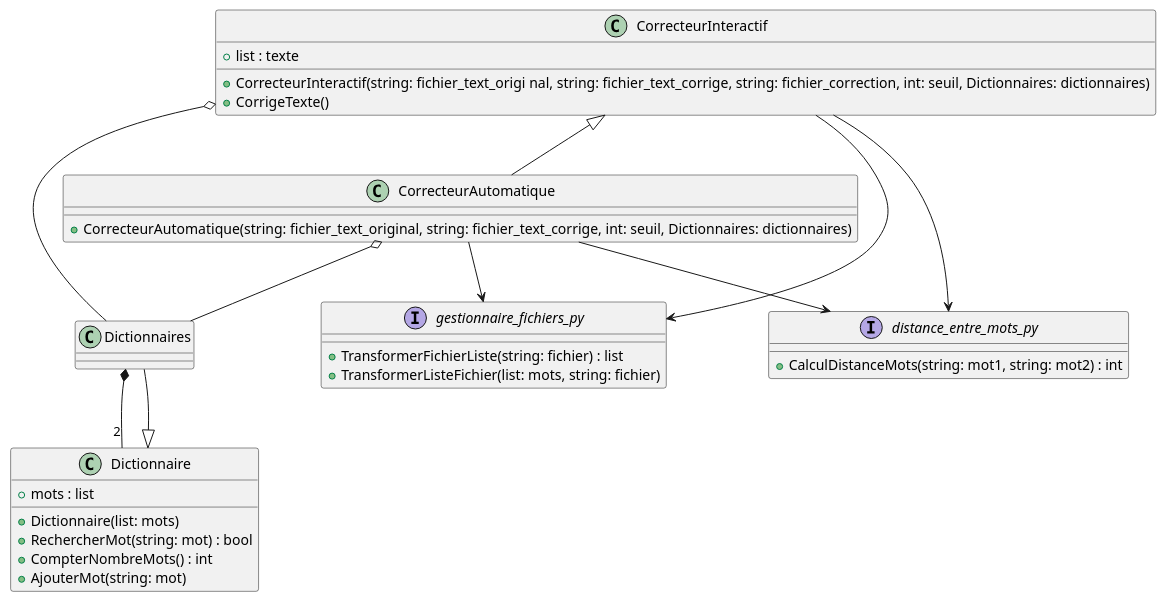
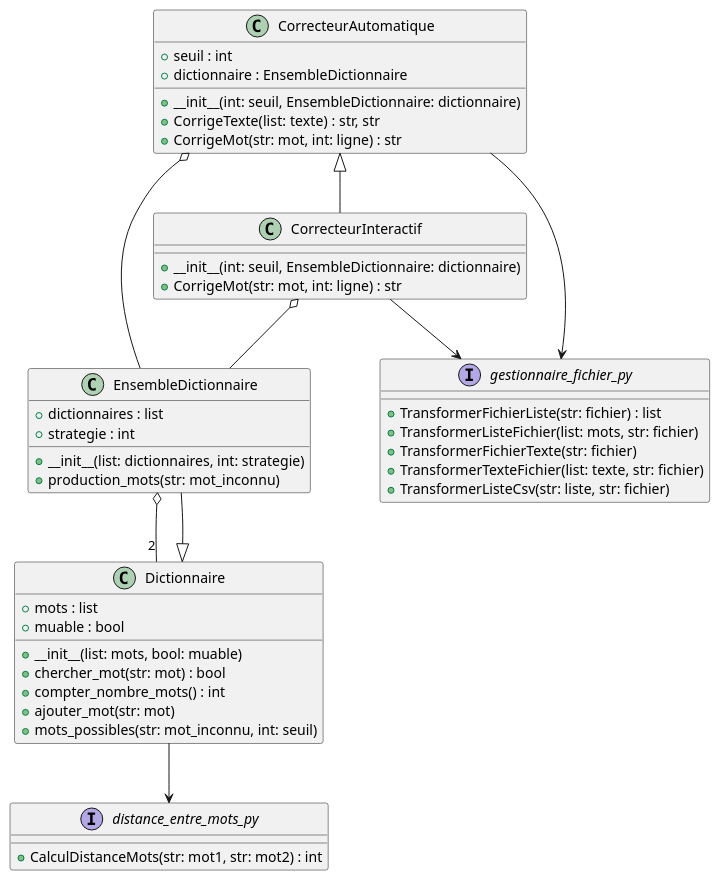
One commit to sebgranie/projet_info_correcteur changed the diagram in diagramme_class.md. Above: the diagram before and after it, drawn with PlantUML. The commit also changed other lines of this file and 9 other files, not shown here.

````diff
--- a/diagramme_class.md
+++ b/diagramme_class.md
@@ -3,50 +3,57 @@
 ```puml
 @startuml
 
-class Dictionnaires {
-
+class EnsembleDictionnaire {
+  + __init__(list: dictionnaires, int: strategie)
+  + production_mots(str: mot_inconnu)
+  + dictionnaires : list
+  + strategie : int
 }
 
-Dictionnaires *-- "2" Dictionnaire
-Dictionnaire ^-- Dictionnaires
+EnsembleDictionnaire o-- "2" Dictionnaire
+Dictionnaire ^-- EnsembleDictionnaire
 
 class Dictionnaire {
-  + Dictionnaire(list: mots)
-  + RechercherMot(string: mot) : bool
-  + CompterNombreMots() : int
-  + AjouterMot(string: mot)
+  + __init__(list: mots, bool: muable)
+  + chercher_mot(str: mot) : bool
+  + compter_nombre_mots() : int
+  + ajouter_mot(str: mot)
+  + mots_possibles(str: mot_inconnu, int: seuil)
   + mots : list
+  + muable : bool
 }
 
-interface gestionnaire_fichiers_py {
-  + TransformerFichierListe(string: fichier) : list
-  + TransformerListeFichier(list: mots, string: fichier)
+interface gestionnaire_fichier_py {
+  + TransformerFichierListe(str: fichier) : list
+  + TransformerListeFichier(list: mots, str: fichier)
+  + TransformerFichierTexte(str: fichier)
+  + TransformerTexteFichier(list: texte, str: fichier)
+  + TransformerListeCsv(str: liste, str: fichier)
 }
 
 interface distance_entre_mots_py {
-  + CalculDistanceMots(string: mot1, string: mot2) : int
+  + CalculDistanceMots(str: mot1, str: mot2) : int
+}
+
+class CorrecteurAutomatique {
+  + __init__(int: seuil, EnsembleDictionnaire: dictionnaire)
+  + CorrigeTexte(list: texte) : str, str
+  + CorrigeMot(str: mot, int: ligne) : str
+  + seuil : int
+  + dictionnaire : EnsembleDictionnaire
 }
 
 class CorrecteurInteractif {
-  + CorrecteurInteractif(string: fichier_text_origi nal, string: fichier_text_corrige, string: fichier_correction, int: seuil, Dictionnaires: dictionnaires)
-  + CorrigeTexte()
-  + list : texte
+  + __init__(int: seuil, EnsembleDictionnaire: dictionnaire)
+  + CorrigeMot(str: mot, int: ligne) : str
 }
 
-CorrecteurInteractif --> gestionnaire_fichiers_py
-CorrecteurInteractif --> distance_entre_mots_py
-CorrecteurInteractif o-- Dictionnaires
-
-class CorrecteurAutomatique {
-  + CorrecteurAutomatique(string: fichier_text_original, string: fichier_text_corrige, int: seuil, Dictionnaires: dictionnaires)
-
-}
-
-CorrecteurAutomatique --> gestionnaire_fichiers_py
-CorrecteurAutomatique --> distance_entre_mots_py
-CorrecteurAutomatique o-- Dictionnaires
-
-CorrecteurInteractif ^-- CorrecteurAutomatique
+CorrecteurInteractif --> gestionnaire_fichier_py
+CorrecteurInteractif o-- EnsembleDictionnaire
+CorrecteurAutomatique --> gestionnaire_fichier_py
+Dictionnaire --> distance_entre_mots_py
+CorrecteurAutomatique o-- EnsembleDictionnaire
+CorrecteurAutomatique ^-- CorrecteurInteractif
 
 @enduml
 ```
````
